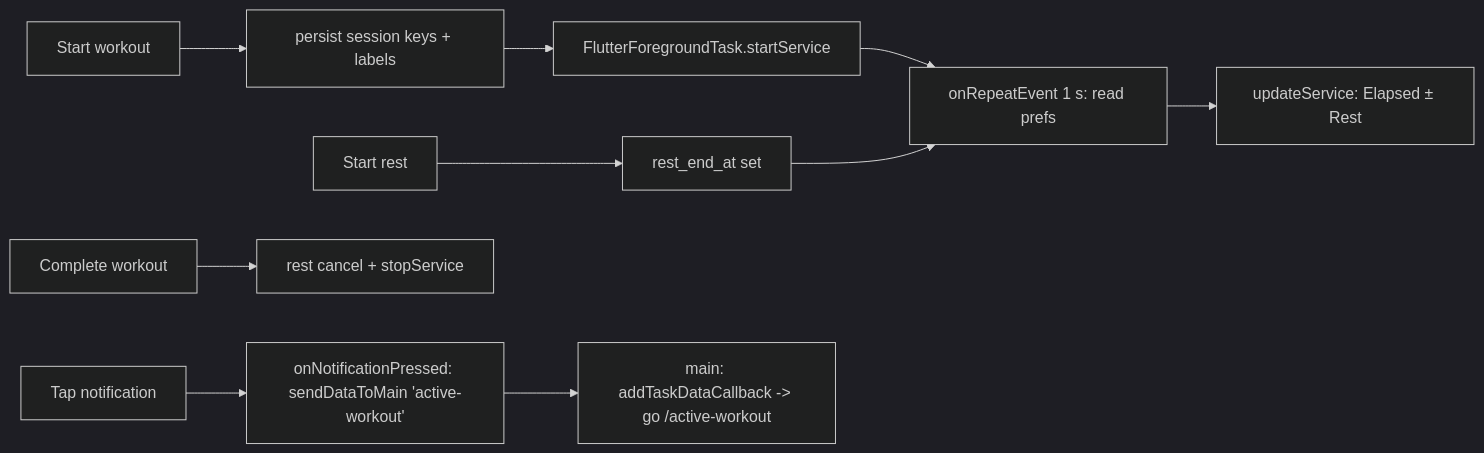
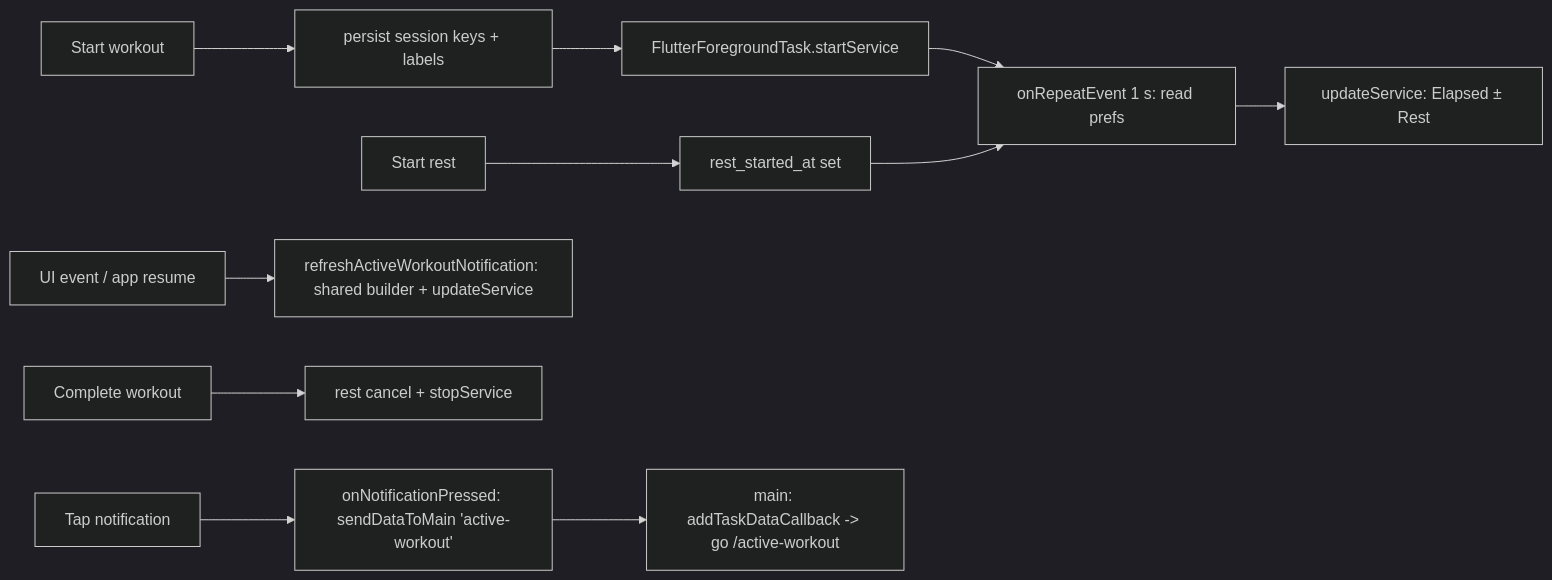
One commit to lucas-montes/fitfat changed the first of 2 diagrams in context/notifications/notifications.md. Above: the diagram before and after it, drawn with Mermaid (dark theme). The commit also changed other lines of this file and 61 other files, not shown here.

````diff
--- a/context/notifications/notifications.md
+++ b/context/notifications/notifications.md
@@ -42,12 +43,13 @@
 ```mermaid
 flowchart LR
     Start[Start workout] --> Persist[persist session keys + labels]
     Persist --> Fgs[FlutterForegroundTask.startService]
     Fgs --> Tick[onRepeatEvent 1 s: read prefs]
     Tick --> Upd[updateService: Elapsed ± Rest]
-    Rest[Start rest] --> RestEnd[rest_end_at set]
+    Rest[Start rest] --> RestEnd[rest_started_at set]
     RestEnd --> Tick
+    EventUI[UI event / app resume] --> Refresh[refreshActiveWorkoutNotification: shared builder + updateService]
     Complete[Complete workout] --> Stop[rest cancel + stopService]
     Tap[Tap notification] --> Sig[onNotificationPressed: sendDataToMain 'active-workout']
     Sig --> Nav[main: addTaskDataCallback -> go /active-workout]
 ```
````
